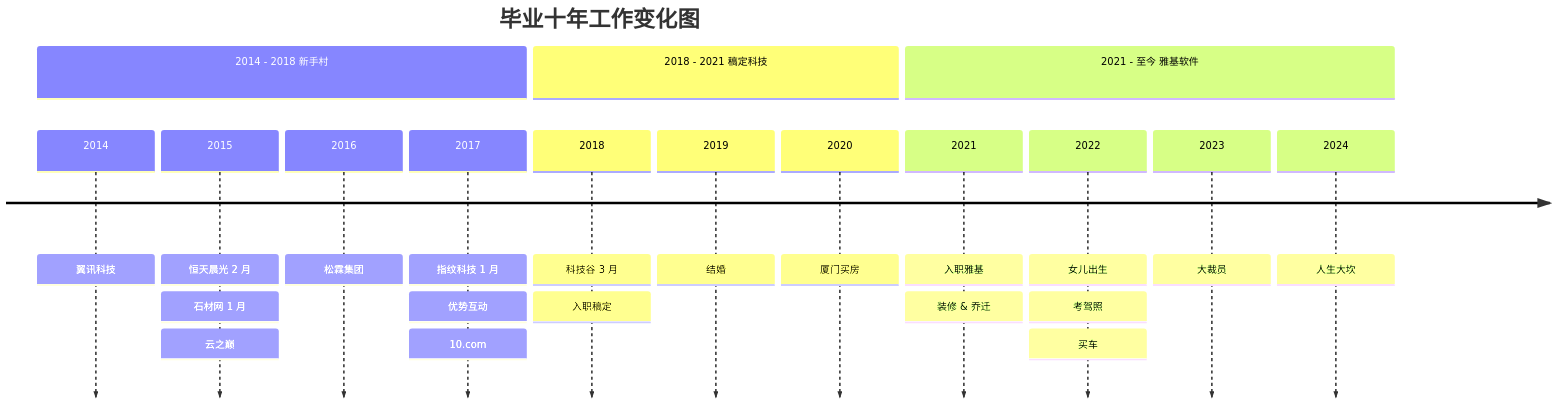
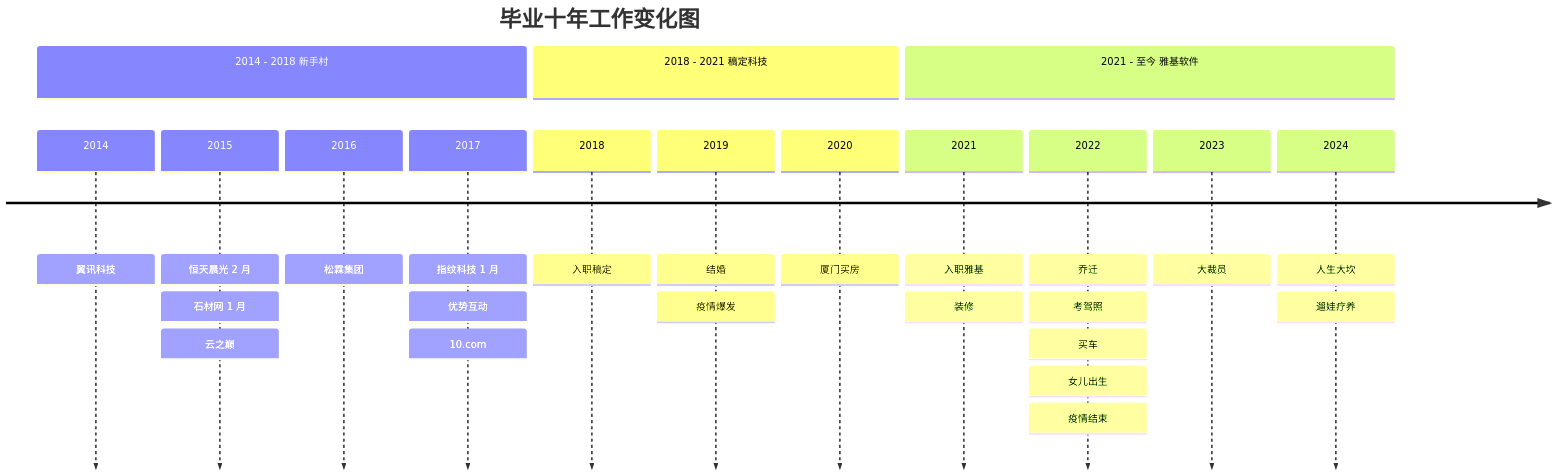
The first of 2 diagrams in docs/article/2024/10years/index.md (dogodo-cc/dogodo-cc.github.io), drawn with Mermaid before and after one commit. The commit also changed other lines of this file and 24 other files, not shown here.

````diff
--- a/docs/article/2024/10years/index.md
+++ b/docs/article/2024/10years/index.md
@@ -16,18 +16,18 @@
 ```mermaid
 timeline
     title 毕业十年工作变化图
     section 2014 - 2018 新手村
         2014 : 翼讯科技
         2015 : 恒天晨光 2 月 : 石材网 1 月 : 云之巅
         2016 : 松霖集团
         2017 : 指纹科技 1 月 : 优势互动 : 10.com
     section 2018 - 2021 稿定科技
-        2018 : 科技谷 3 月 : 入职稿定
-        2019 : 结婚
+        2018 : 入职稿定
+        2019 : 结婚 : 疫情爆发
         2020 : 厦门买房
     section 2021 - 至今 雅基软件
-        2021 : 入职雅基 : 装修 & 乔迁
-        2022 : 女儿出生 : 考驾照 : 买车
+        2021 : 入职雅基 : 装修
+        2022 : 乔迁 : 考驾照 : 买车 : 女儿出生 : 疫情结束
         2023 : 大裁员
-        2024 : 人生大坎
+        2024 : 人生大坎 : 遛娃疗养
 ```
````
